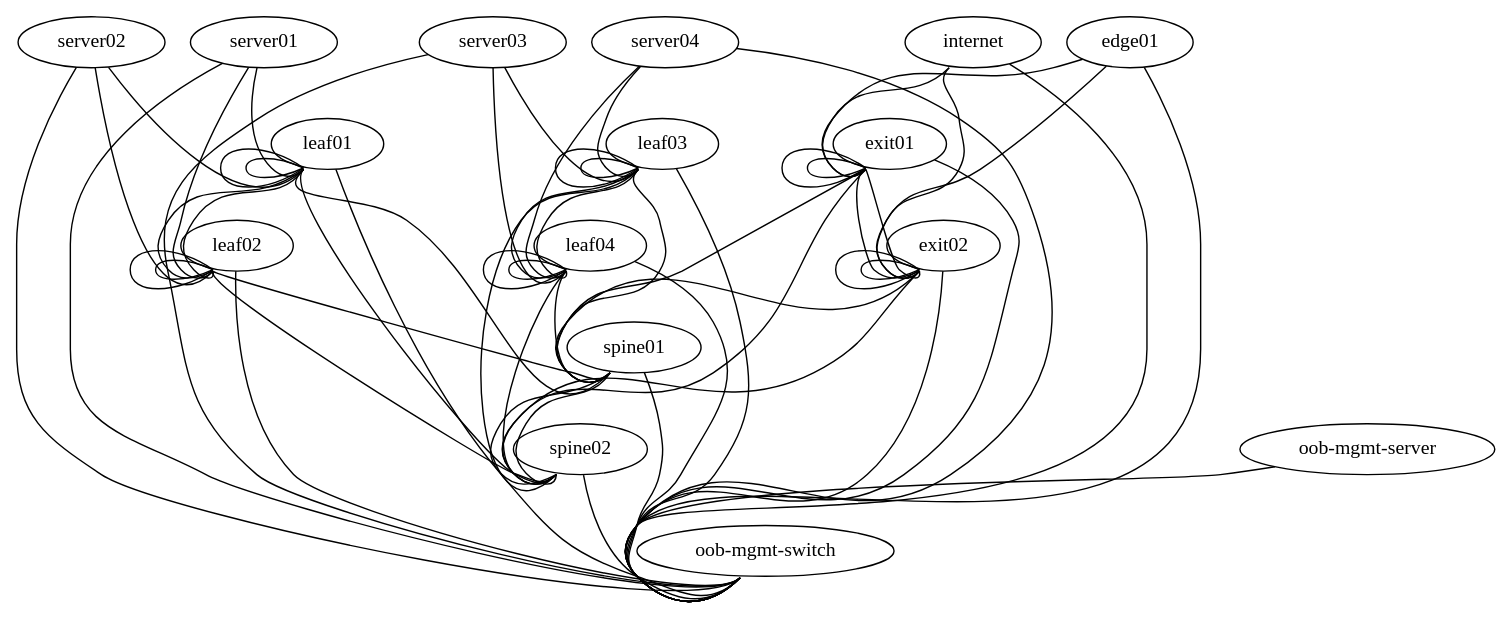
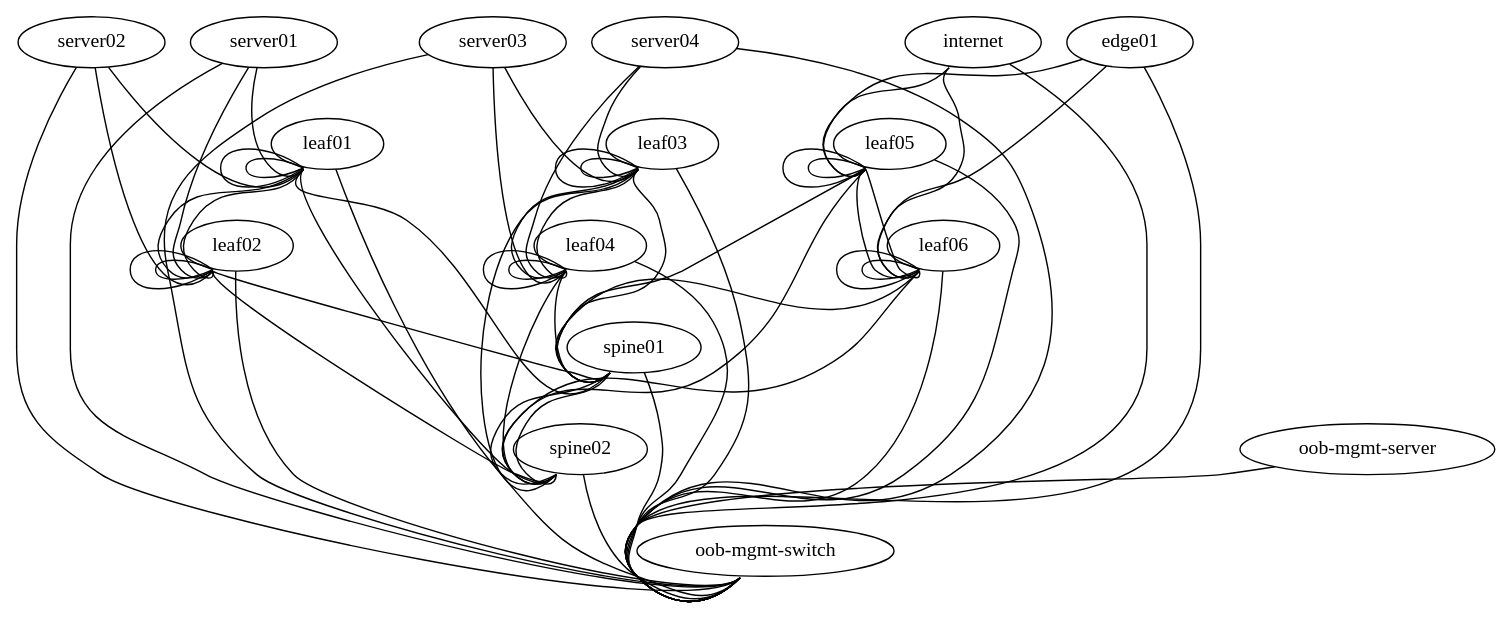
One commit to StefTN/cldemo-vagrant_quagga changed the diagram in topology.dot. Above: the diagram before and after it, drawn with Graphviz. The commit also changed 3 other files, not shown here.

```diff
--- a/topology.dot
+++ b/topology.dot
@@ -1,86 +1,86 @@
 graph vx {
  "leaf01" [function="leaf" os="CumulusCommunity/cumulus-vx" version="2.5.6" memory="512" config="./helper_scripts/config_switch.sh" mgmt_ip="192.168.0.11"]
  "leaf02" [function="leaf" os="CumulusCommunity/cumulus-vx" version="2.5.6" memory="512" config="./helper_scripts/config_switch.sh" mgmt_ip="192.168.0.12"]
  "leaf03" [function="leaf" os="CumulusCommunity/cumulus-vx" version="2.5.6" memory="512" config="./helper_scripts/config_switch.sh" mgmt_ip="192.168.0.13"]
  "leaf04" [function="leaf" os="CumulusCommunity/cumulus-vx" version="2.5.6" memory="512" config="./helper_scripts/config_switch.sh" mgmt_ip="192.168.0.14"]
  "spine01" [function="spine" os="CumulusCommunity/cumulus-vx" version="2.5.6" memory="512" config="./helper_scripts/config_switch.sh" mgmt_ip="192.168.0.21"]
  "spine02" [function="spine" os="CumulusCommunity/cumulus-vx" version="2.5.6" memory="512" config="./helper_scripts/config_switch.sh" mgmt_ip="192.168.0.22"]
- "exit01" [function="exit" os="CumulusCommunity/cumulus-vx" version="2.5.6" memory="512" config="./helper_scripts/config_switch.sh" mgmt_ip="192.168.0.41"]
- "exit02" [function="exit" os="CumulusCommunity/cumulus-vx" version="2.5.6" memory="512" config="./helper_scripts/config_switch.sh" mgmt_ip="192.168.0.42"]
+ "leaf05" [function="exit" os="CumulusCommunity/cumulus-vx" version="2.5.6" memory="512" config="./helper_scripts/config_switch.sh" mgmt_ip="192.168.0.41"]
+ "leaf06" [function="exit" os="CumulusCommunity/cumulus-vx" version="2.5.6" memory="512" config="./helper_scripts/config_switch.sh" mgmt_ip="192.168.0.42"]
  "server01" [function="host" os="boxcutter/ubuntu1404" memory="512" ubuntu=True config="./helper_scripts/config_server.sh" mgmt_ip="192.168.0.31"]
  "server02" [function="host" os="boxcutter/ubuntu1404" memory="512" ubuntu=True config="./helper_scripts/config_server.sh" mgmt_ip="192.168.0.32"]
  "server03" [function="host" os="boxcutter/ubuntu1404" memory="512" ubuntu=True config="./helper_scripts/config_server.sh" mgmt_ip="192.168.0.33"]
  "server04" [function="host" os="boxcutter/ubuntu1404" memory="512" ubuntu=True config="./helper_scripts/config_server.sh" mgmt_ip="192.168.0.34"]
  "edge01" [function="host" os="boxcutter/ubuntu1404" memory="512" ubuntu=True config="./helper_scripts/config_server.sh" mgmt_ip="192.168.0.51"]
  "internet" [function="internet" vagrant="swp48" os="CumulusCommunity/cumulus-vx" version="2.5.6" memory="256" config="./helper_scripts/config_internet.sh" mgmt_ip="192.168.0.253"]
  "oob-mgmt-switch" [function="oob-switch" vagrant="eth0" os="CumulusCommunity/cumulus-vx" version="2.5.6" memory="256" config="./helper_scripts/config_oob_switch.sh" mgmt_ip="192.168.0.1"]
  "oob-mgmt-server" [function="oob-server" ansible=True vagrant="eth0" os="boxcutter/ubuntu1404" memory="1024" ubuntu=True config="./helper_scripts/config_oob_server.sh" mgmt_ip="192.168.0.254"]
 
  "leaf01":"swp51" -- "spine01":"swp1"
  "leaf02":"swp51" -- "spine01":"swp2"
  "leaf03":"swp51" -- "spine01":"swp3"
  "leaf04":"swp51" -- "spine01":"swp4"
  "leaf01":"swp52" -- "spine02":"swp1"
  "leaf02":"swp52" -- "spine02":"swp2"
  "leaf03":"swp52" -- "spine02":"swp3"
  "leaf04":"swp52" -- "spine02":"swp4"
 
  "leaf01":"swp49" -- "leaf02":"swp49"
  "leaf01":"swp50" -- "leaf02":"swp50"
  "leaf03":"swp49" -- "leaf04":"swp49"
  "leaf03":"swp50" -- "leaf04":"swp50"
 
  "spine01":"swp31" -- "spine02":"swp31"
  "spine01":"swp32" -- "spine02":"swp32"
- "exit01":"swp49" -- "exit02":"swp49"
- "exit01":"swp50" -- "exit02":"swp50"
+ "leaf05":"swp49" -- "leaf06":"swp49"
+ "leaf05":"swp50" -- "leaf06":"swp50"
 
  "server01":"eth1" -- "leaf01":"swp1"
  "server01":"eth2" -- "leaf02":"swp1"
  "server02":"eth1" -- "leaf01":"swp2"
  "server02":"eth2" -- "leaf02":"swp2"
  "server03":"eth1" -- "leaf03":"swp1"
  "server03":"eth2" -- "leaf04":"swp1"
  "server04":"eth1" -- "leaf03":"swp2"
  "server04":"eth2" -- "leaf04":"swp2"
 
- "exit01":"swp51" -- "spine01":"swp30"
- "exit01":"swp52" -- "spine02":"swp30"
- "exit02":"swp51" -- "spine01":"swp29"
- "exit02":"swp52" -- "spine02":"swp29"
- "exit01":"swp45" -- "exit01":"swp46"
- "exit01":"swp47" -- "exit01":"swp48"
- "exit02":"swp45" -- "exit02":"swp46"
- "exit02":"swp47" -- "exit02":"swp48"
+ "leaf05":"swp51" -- "spine01":"swp5"
+ "leaf05":"swp52" -- "spine02":"swp5"
+ "leaf06":"swp51" -- "spine01":"swp6"
+ "leaf06":"swp52" -- "spine02":"swp6"
+ "leaf05":"swp45" -- "leaf05":"swp46"
+ "leaf05":"swp47" -- "leaf05":"swp48"
+ "leaf06":"swp45" -- "leaf06":"swp46"
+ "leaf06":"swp47" -- "leaf06":"swp48"
 
  "leaf01":"swp45" -- "leaf01":"swp46"
  "leaf01":"swp47" -- "leaf01":"swp48"
  "leaf02":"swp45" -- "leaf02":"swp46"
  "leaf02":"swp47" -- "leaf02":"swp48"
  "leaf03":"swp45" -- "leaf03":"swp46"
  "leaf03":"swp47" -- "leaf03":"swp48"
  "leaf04":"swp45" -- "leaf04":"swp46"
  "leaf04":"swp47" -- "leaf04":"swp48"
 
- "internet":"swp1" -- "exit01":"swp44"
- "internet":"swp2" -- "exit02":"swp44"
+ "internet":"swp1" -- "leaf05":"swp44"
+ "internet":"swp2" -- "leaf06":"swp44"
 
- "edge01":"eth1" -- "exit01":"swp1"
- "edge01":"eth2" -- "exit02":"swp1"
+ "edge01":"eth1" -- "leaf05":"swp1"
+ "edge01":"eth2" -- "leaf06":"swp1"
 
  "oob-mgmt-server":"eth1" -- "oob-mgmt-switch":"swp1"
  "server01":"eth0" -- "oob-mgmt-switch":"swp2" [left_mac="A0:00:00:00:00:31"]
  "server02":"eth0" -- "oob-mgmt-switch":"swp3" [left_mac="A0:00:00:00:00:32"]
  "server03":"eth0" -- "oob-mgmt-switch":"swp4" [left_mac="A0:00:00:00:00:33"]
  "server04":"eth0" -- "oob-mgmt-switch":"swp5" [left_mac="A0:00:00:00:00:34"]
  "leaf01":"eth0" -- "oob-mgmt-switch":"swp6" [left_mac="A0:00:00:00:00:11"]
  "leaf02":"eth0" -- "oob-mgmt-switch":"swp7" [left_mac="A0:00:00:00:00:12"]
  "leaf03":"eth0" -- "oob-mgmt-switch":"swp8" [left_mac="A0:00:00:00:00:13"]
  "leaf04":"eth0" -- "oob-mgmt-switch":"swp9" [left_mac="A0:00:00:00:00:14"]
  "spine01":"eth0" -- "oob-mgmt-switch":"swp10" [left_mac="A0:00:00:00:00:21"]
  "spine02":"eth0" -- "oob-mgmt-switch":"swp11" [left_mac="A0:00:00:00:00:22"]
- "exit01":"eth0" -- "oob-mgmt-switch":"swp12" [left_mac="A0:00:00:00:00:41"]
- "exit02":"eth0" -- "oob-mgmt-switch":"swp13" [left_mac="A0:00:00:00:00:42"]
+ "leaf05":"eth0" -- "oob-mgmt-switch":"swp12" [left_mac="A0:00:00:00:00:41"]
+ "leaf06":"eth0" -- "oob-mgmt-switch":"swp13" [left_mac="A0:00:00:00:00:42"]
  "edge01":"eth0" -- "oob-mgmt-switch":"swp14" [left_mac="A0:00:00:00:00:51"]
  "internet":"eth0" -- "oob-mgmt-switch":"swp15"
 }
```
